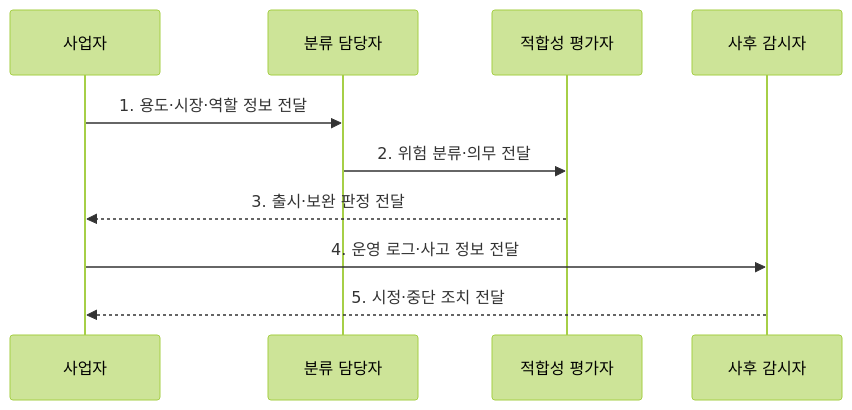
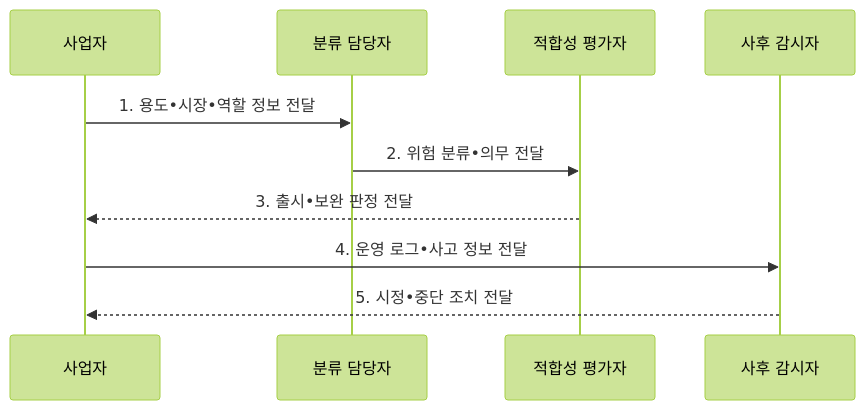
One commit to agnusdei1207/knowledge-base changed the second of 2 diagrams in src/content/docs/notes/08-latest-tech/101_eu_ai_act.md. Above: the diagram before and after it, drawn with Mermaid (forest theme). The commit also changed other lines of this file and 953 other files, not shown here.

````diff
--- a/src/content/docs/notes/08-latest-tech/101_eu_ai_act.md
+++ b/src/content/docs/notes/08-latest-tech/101_eu_ai_act.md
@@ -108,12 +108,12 @@
 ```mermaid
 sequenceDiagram
     participant O as 사업자
     participant C as 분류 담당자
     participant A as 적합성 평가자
     participant M as 사후 감시자
-    O->>C: 1. 용도·시장·역할 정보 전달
-    C->>A: 2. 위험 분류·의무 전달
-    A-->>O: 3. 출시·보완 판정 전달
-    O->>M: 4. 운영 로그·사고 정보 전달
-    M-->>O: 5. 시정·중단 조치 전달
+    O->>C: 1. 용도•시장•역할 정보 전달
+    C->>A: 2. 위험 분류•의무 전달
+    A-->>O: 3. 출시•보완 판정 전달
+    O->>M: 4. 운영 로그•사고 정보 전달
+    M-->>O: 5. 시정•중단 조치 전달
 ```
````
